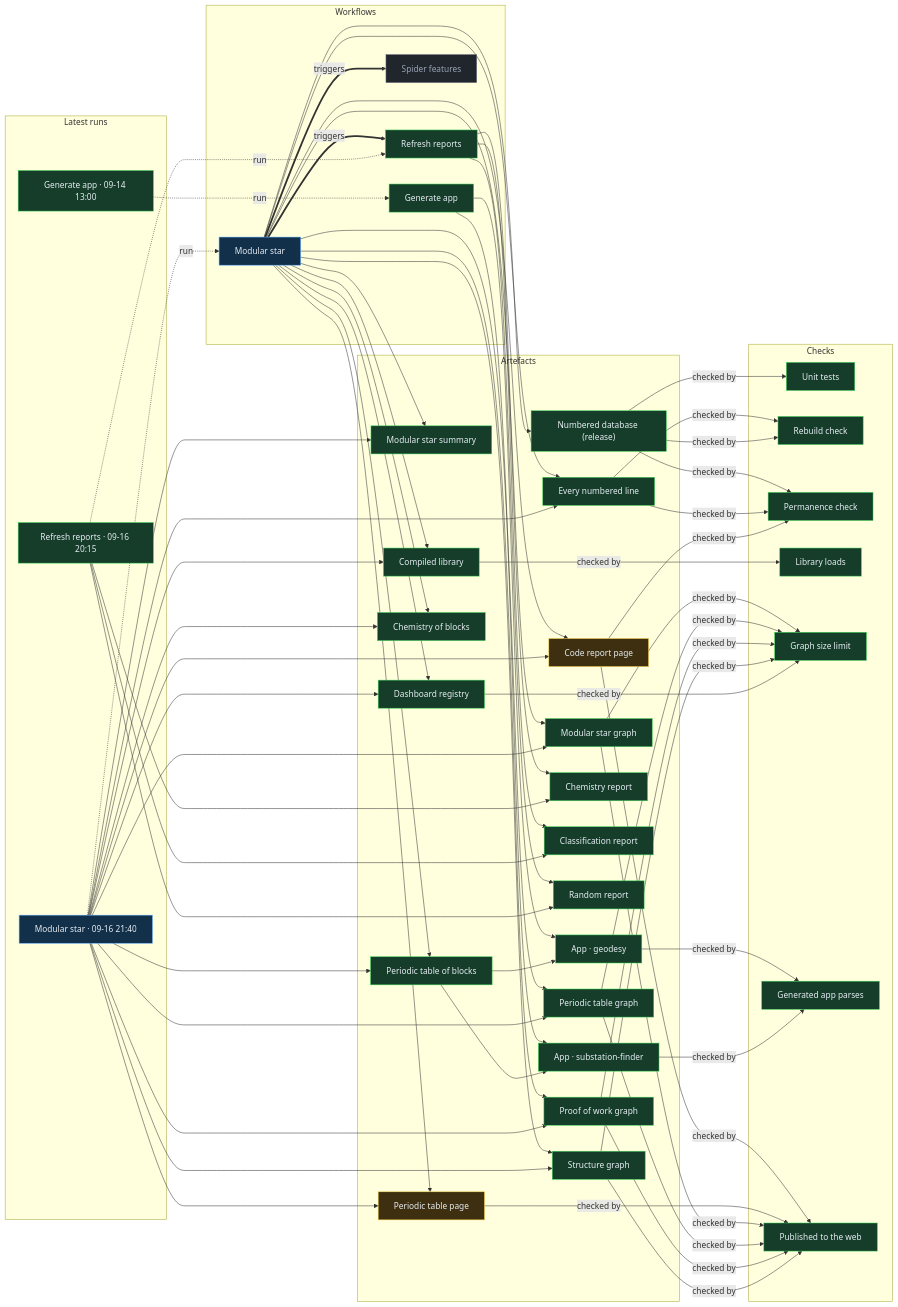
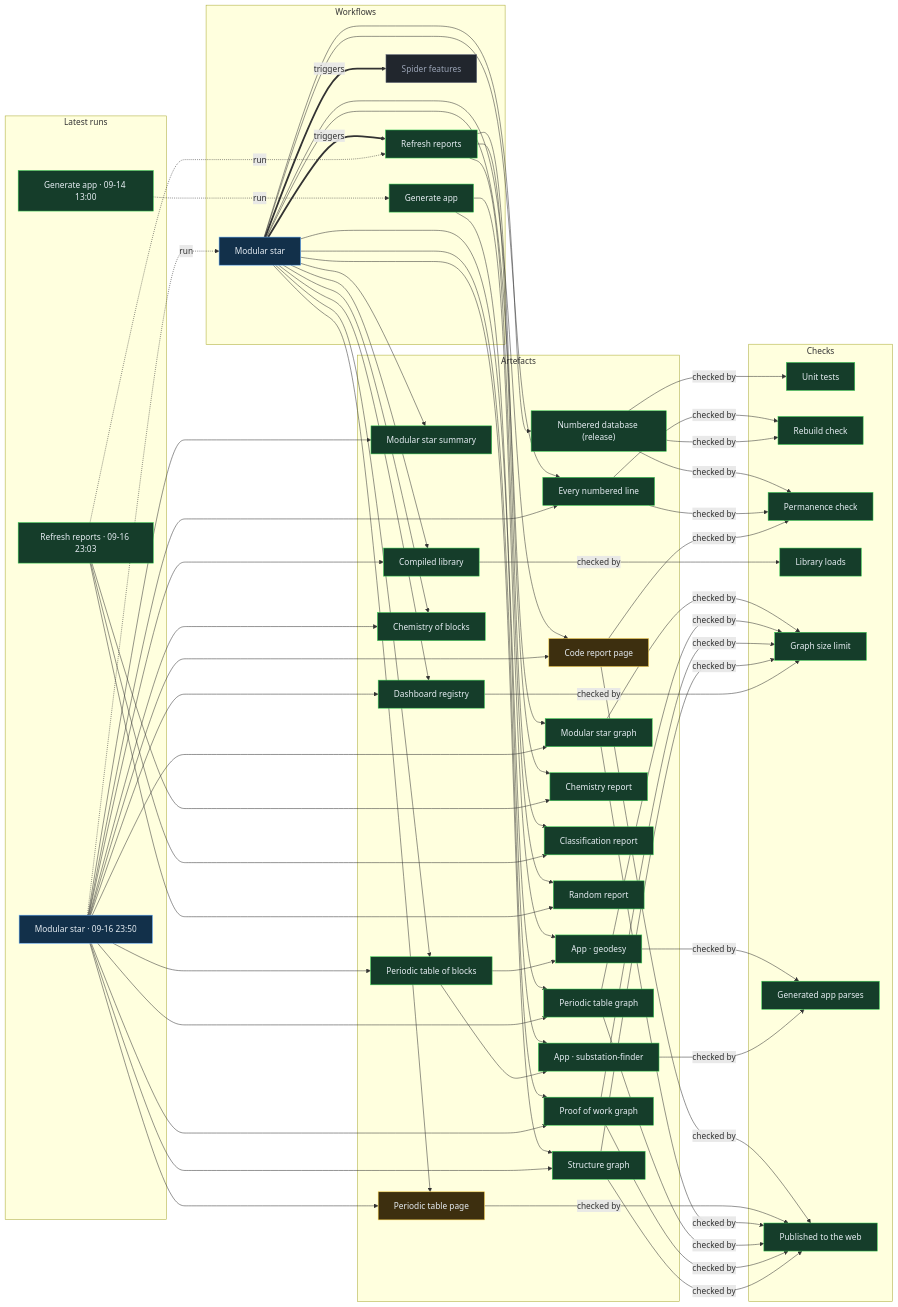
The diagram in proof/PROOF.md (Ventusltd/stars), drawn with Mermaid before and after one commit. The commit also changed other lines of this file and 177 other files, not shown here.

Commit message:
Modular star 2026-09-16T23:51Z

```diff
--- a/proof/PROOF.md
+++ b/proof/PROOF.md
@@ -24,8 +24,8 @@
   n_wf_spider_features["Spider features"]:::off
   end
   subgraph g_runs["Latest runs"]
-  n_run_35153685372["Modular star · 09-16 21:40"]:::live
-  n_run_35145508039["Refresh reports · 09-16 20:15"]:::ok
+  n_run_35164013597["Modular star · 09-16 23:50"]:::live
+  n_run_35160559207["Refresh reports · 09-16 23:03"]:::ok
   n_run_34846587798["Generate app · 09-14 13:00"]:::ok
   end
   subgraph g_artefacts["Artefacts"]
@@ -59,39 +59,39 @@
   end
   n_wf_modular_star == triggers ==> n_wf_refresh
   n_wf_modular_star == triggers ==> n_wf_spider_features
-  n_run_35153685372 -. run .-> n_wf_modular_star
-  n_run_35145508039 -. run .-> n_wf_refresh
+  n_run_35164013597 -. run .-> n_wf_modular_star
+  n_run_35160559207 -. run .-> n_wf_refresh
   n_run_34846587798 -. run .-> n_wf_generate
   n_wf_modular_star --> n_art_summary
-  n_run_35153685372 --> n_art_summary
+  n_run_35164013597 --> n_art_summary
   n_wf_modular_star --> n_art_lines
-  n_run_35153685372 --> n_art_lines
+  n_run_35164013597 --> n_art_lines
   n_wf_modular_star --> n_art_code
-  n_run_35153685372 --> n_art_code
+  n_run_35164013597 --> n_art_code
   n_wf_modular_star --> n_art_modular_graph
-  n_run_35153685372 --> n_art_modular_graph
+  n_run_35164013597 --> n_art_modular_graph
   n_wf_modular_star --> n_art_blocks
-  n_run_35153685372 --> n_art_blocks
+  n_run_35164013597 --> n_art_blocks
   n_wf_modular_star --> n_art_table
-  n_run_35153685372 --> n_art_table
+  n_run_35164013597 --> n_art_table
   n_wf_modular_star --> n_art_blocks_graph
-  n_run_35153685372 --> n_art_blocks_graph
+  n_run_35164013597 --> n_art_blocks_graph
   n_wf_modular_star --> n_art_reactions
-  n_run_35153685372 --> n_art_reactions
+  n_run_35164013597 --> n_art_reactions
   n_wf_modular_star --> n_art_library
-  n_run_35153685372 --> n_art_library
+  n_run_35164013597 --> n_art_library
   n_wf_modular_star --> n_art_features
-  n_run_35153685372 --> n_art_features
+  n_run_35164013597 --> n_art_features
   n_wf_modular_star --> n_art_proof
-  n_run_35153685372 --> n_art_proof
+  n_run_35164013597 --> n_art_proof
   n_wf_modular_star --> n_art_structure
-  n_run_35153685372 --> n_art_structure
+  n_run_35164013597 --> n_art_structure
   n_wf_refresh --> n_art_chemistry
-  n_run_35145508039 --> n_art_chemistry
+  n_run_35160559207 --> n_art_chemistry
   n_wf_refresh --> n_art_vedic
-  n_run_35145508039 --> n_art_vedic
+  n_run_35160559207 --> n_art_vedic
   n_wf_refresh --> n_art_random
-  n_run_35145508039 --> n_art_random
+  n_run_35160559207 --> n_art_random
   n_wf_modular_star --> n_art_release
   n_wf_generate --> n_app_geodesy
   n_art_blocks --> n_app_geodesy
```
